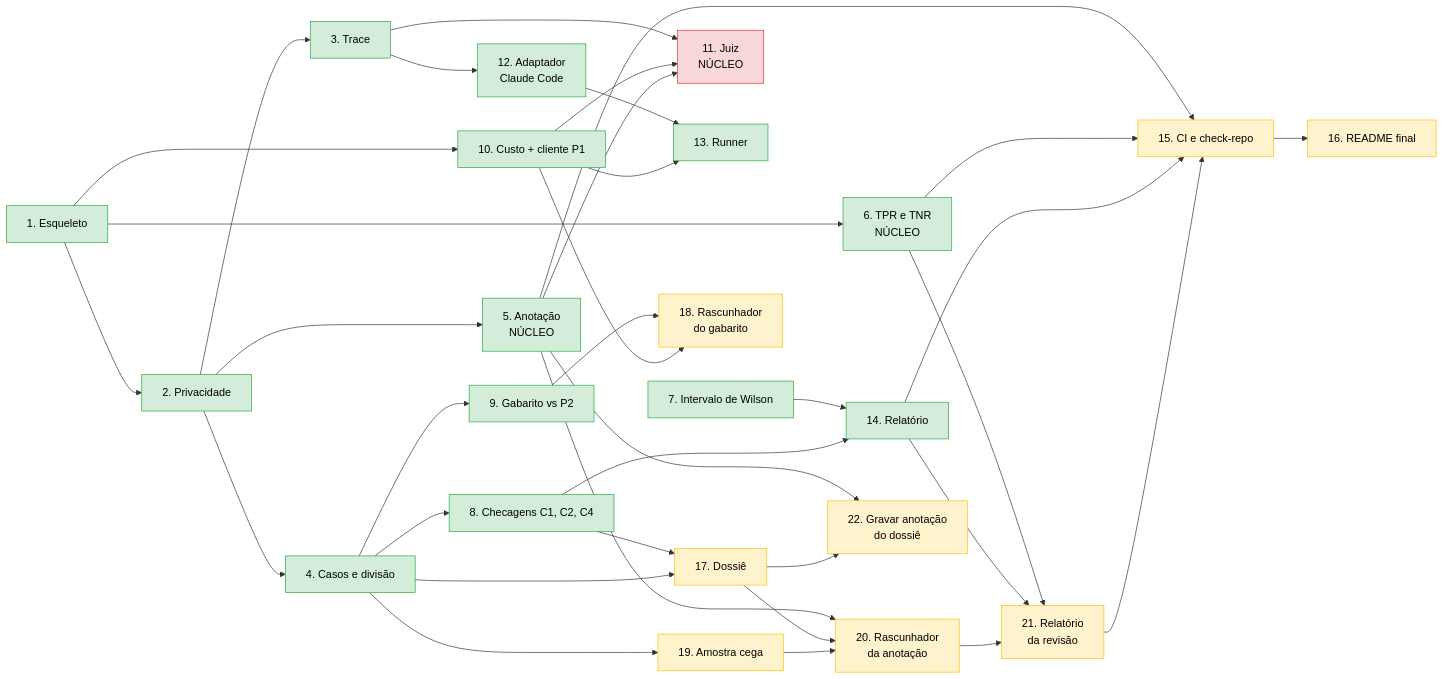
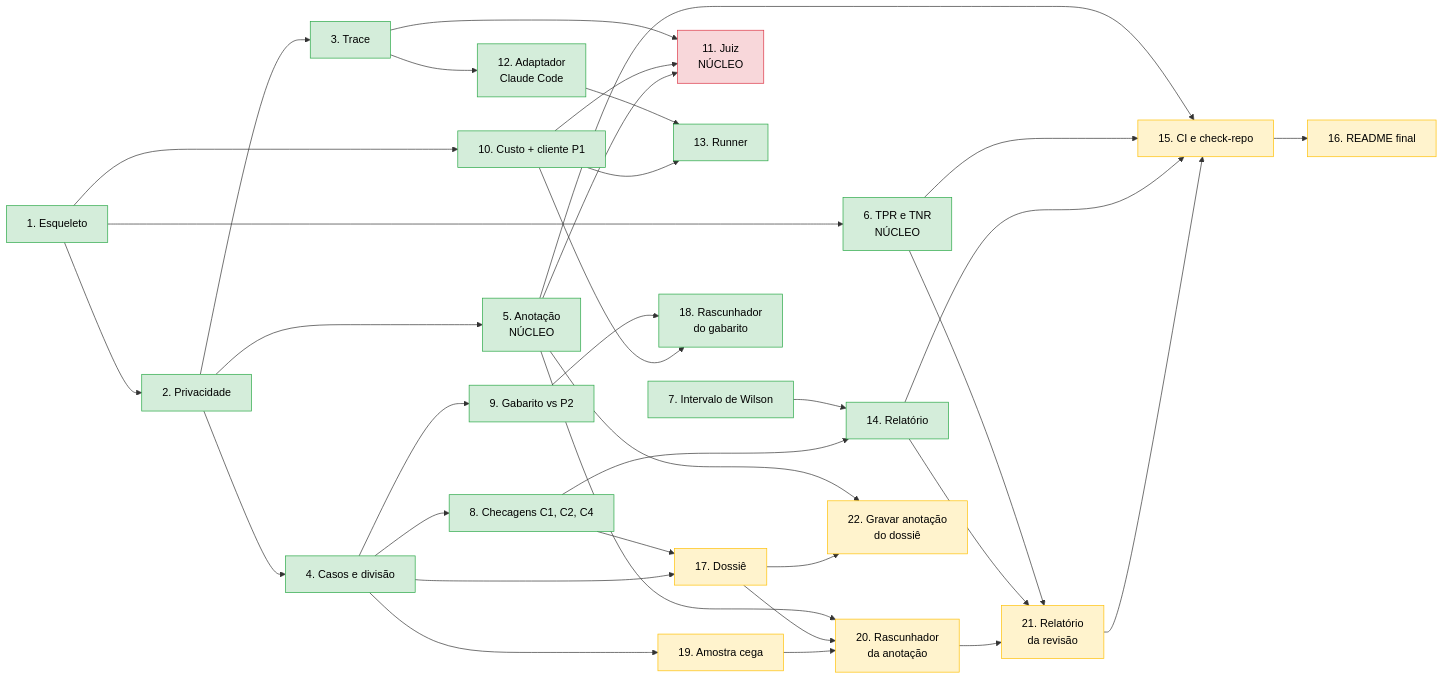
One commit to CristianonCarvalho/harness-p3-evals changed the diagram in docs/diagramas/09-ordem-das-tarefas.md. Above: the diagram before and after it, drawn with Mermaid. The commit also changed other lines of this file and 2 other files, not shown here.

Commit message:
Passo 33: confirmacao real do rascunhador (1 caso, US$ 0,0107)
O DeepSeek respondeu no formato aceito, os 3 trechos sao literais e o P2
confirmou os ids. README e diagrama 09 com a Tarefa 18 feita.

````diff
--- a/docs/diagramas/09-ordem-das-tarefas.md
+++ b/docs/diagramas/09-ordem-das-tarefas.md
@@ -5,49 +5,49 @@
 ```mermaid
 flowchart LR
     t1["1. Esqueleto"] --> t2["2. Privacidade"]
     t2 --> t3["3. Trace"]
     t2 --> t4["4. Casos e divisão"]
     t4 --> t8["8. Checagens C1, C2, C4"]
     t7["7. Intervalo de Wilson"] --> t14["14. Relatório"]
     t8 --> t14
     t4 --> t9["9. Gabarito vs P2"]
     t1 --> t10["10. Custo + cliente P1"]
 
     t2 --> t5["5. Anotação<br/>NÚCLEO"]
     t1 --> t6["6. TPR e TNR<br/>NÚCLEO"]
     t3 --> t11["11. Juiz<br/>NÚCLEO"]
     t10 --> t11
     t5 --> t11
 
     t3 --> t12["12. Adaptador<br/>Claude Code"]
     t12 --> t13["13. Runner"]
     t10 --> t13
 
     t5 --> t15["15. CI e check-repo"]
     t6 --> t15
     t14 --> t15
     t15 --> t16["16. README final"]
 
     t8 --> t17["17. Dossiê"]
     t4 --> t17
     t9 --> t18["18. Rascunhador<br/>do gabarito"]
     t10 --> t18
     t4 --> t19["19. Amostra cega"]
     t5 --> t20["20. Rascunhador<br/>da anotação"]
     t17 --> t20
     t19 --> t20
     t6 --> t21["21. Relatório<br/>da revisão"]
     t14 --> t21
     t20 --> t21
     t21 --> t15
     t5 --> t22["22. Gravar anotação<br/>do dossiê"]
     t17 --> t22
 
     classDef feito fill:#d4edda,stroke:#28a745,color:#000
     classDef falta fill:#fff3cd,stroke:#ffc107,color:#000
     classDef seu fill:#f8d7da,stroke:#dc3545,color:#000
 
-    class t1,t2,t3,t4,t5,t6,t7,t8,t9,t10,t12,t13,t14 feito
-    class t15,t16,t17,t18,t19,t20,t21,t22 falta
+    class t1,t2,t3,t4,t5,t6,t7,t8,t9,t10,t12,t13,t14,t18 feito
+    class t15,t16,t17,t19,t20,t21,t22 falta
     class t11 seu
 ```
````
